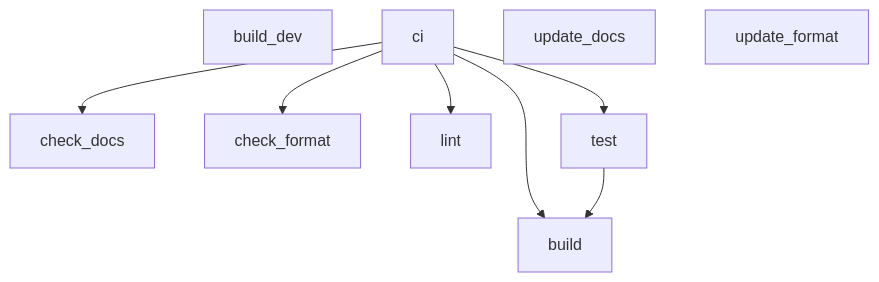
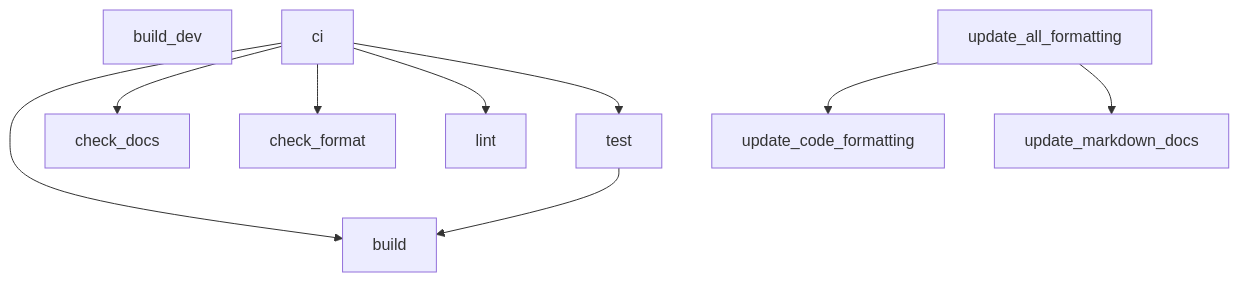
Before and after one commit to datalackey/fill-form-bookmarklet: the third of 3 diagrams in README.md, drawn with Mermaid. The commit also changed other lines of this file and 4 other files, not shown here.

First line of the commit message:
Add update-all-formatting aggregate target; document app functions

````diff
--- a/README.md
+++ b/README.md
@@ -193,20 +188,23 @@
 ```mermaid
 graph TD
 
   build
   build_dev
   check_docs
   check_format
   ci
   lint
   test
-  update_docs
-  update_format
+  update_all_formatting
+  update_code_formatting
+  update_markdown_docs
 
   ci --> build
   ci --> check_docs
   ci --> check_format
   ci --> lint
   ci --> test
   test --> build
+  update_all_formatting --> update_code_formatting
+  update_all_formatting --> update_markdown_docs
 ```
````
